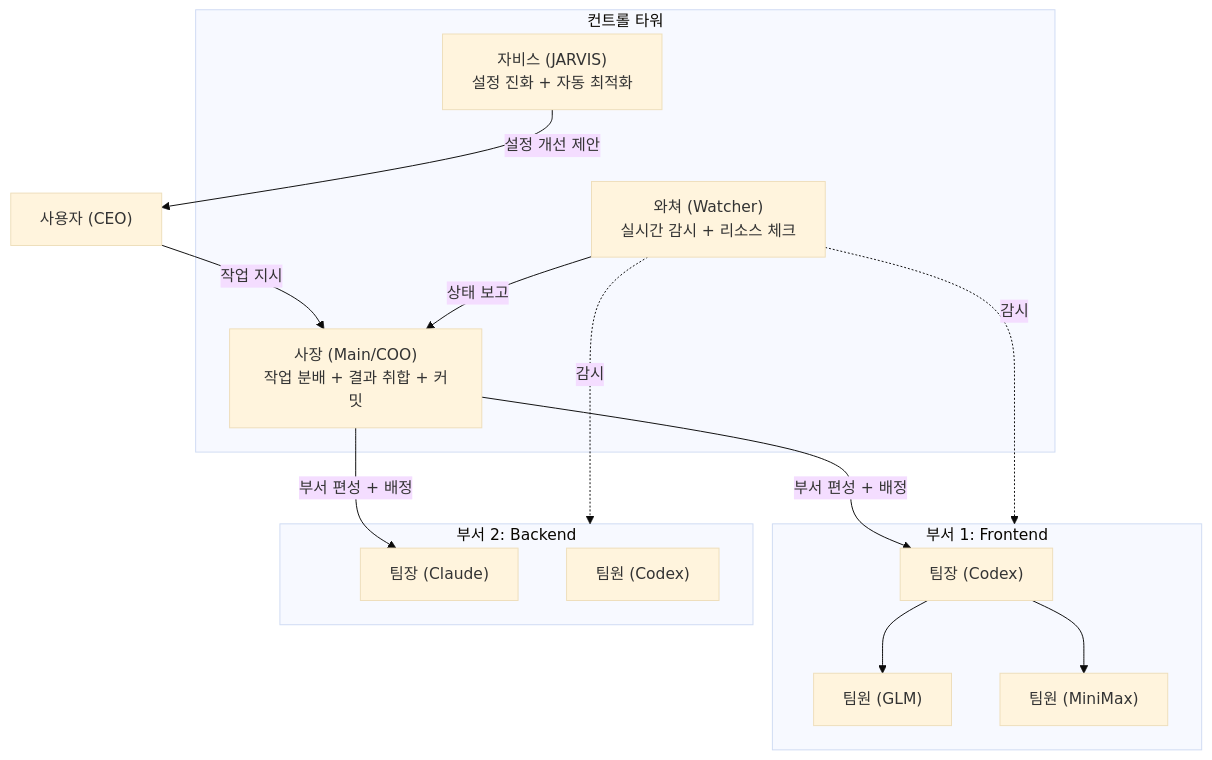
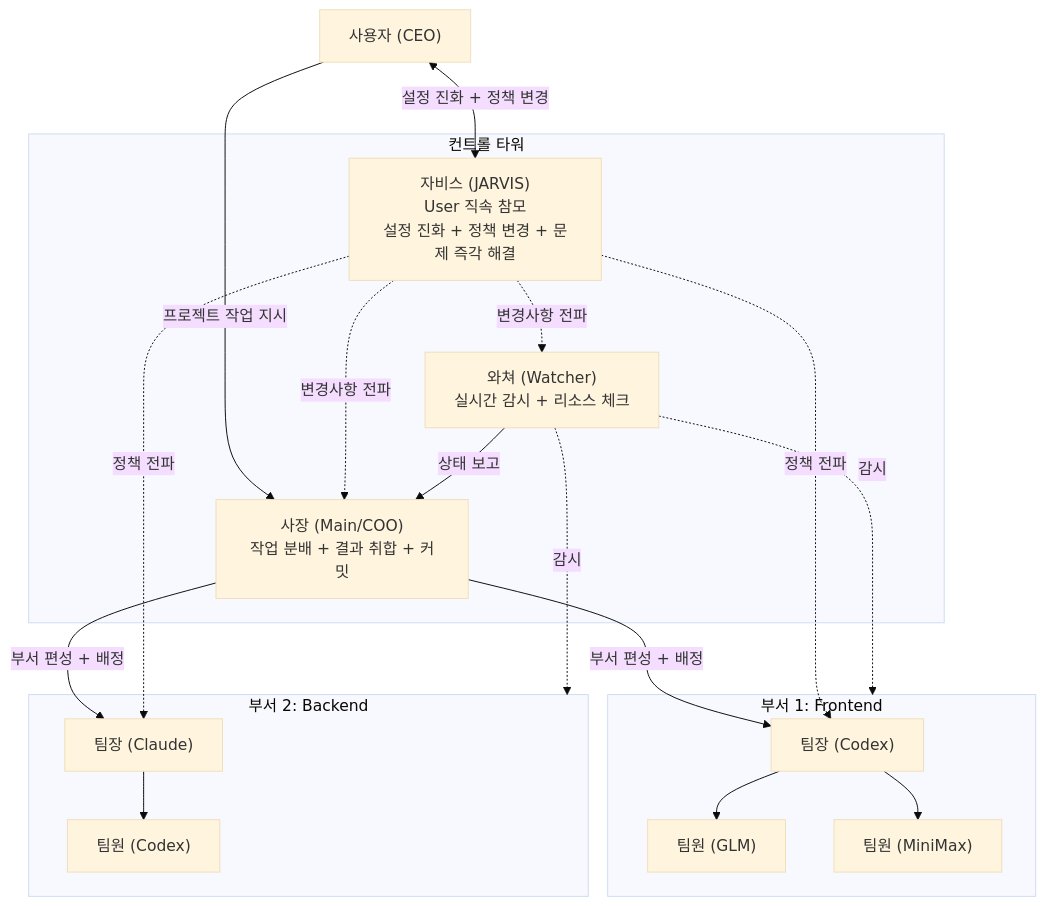
Before and after one commit to scokeepa/cmux-O: the first of 3 diagrams in README.md, drawn with Mermaid (base theme). The commit also changed other lines of this file and 1 other file, not shown here.

Commit message:
docs: 조직 구조 mermaid 다이어그램 수정 — User↔JARVIS 양방향
JARVIS→User 단방향을 User↔JARVIS 양방향으로 수정.
JARVIS→Main/Watcher/팀장 정책 전파 화살표 추가.
3계층 구조 표를 실제 운영 구조에 맞게 갱신.

````diff
--- a/README.md
+++ b/README.md
@@ -44,31 +44,36 @@
 ```mermaid
 graph TB
     User["사용자 (CEO)"]
     
     subgraph ControlTower["컨트롤 타워"]
         Main["사장 (Main/COO)<br/>작업 분배 + 결과 취합 + 커밋"]
         Watcher["와쳐 (Watcher)<br/>실시간 감시 + 리소스 체크"]
-        Jarvis["자비스 (JARVIS)<br/>설정 진화 + 자동 최적화"]
+        Jarvis["자비스 (JARVIS)<br/>User 직속 참모<br/>설정 진화 + 정책 변경 + 문제 즉각 해결"]
     end
     
     subgraph Dept1["부서 1: Frontend"]
         TL1["팀장 (Codex)"]
         M1["팀원 (GLM)"]
         M2["팀원 (MiniMax)"]
     end
     
     subgraph Dept2["부서 2: Backend"]
         TL2["팀장 (Claude)"]
         M3["팀원 (Codex)"]
     end
     
-    User -->|"작업 지시"| Main
+    User <-->|"설정 진화 + 정책 변경"| Jarvis
+    User -->|"프로젝트 작업 지시"| Main
     Main -->|"부서 편성 + 배정"| TL1
     Main -->|"부서 편성 + 배정"| TL2
     TL1 --> M1
     TL1 --> M2
+    TL2 --> M3
+    Jarvis -.->|"변경사항 전파"| Main
+    Jarvis -.->|"변경사항 전파"| Watcher
+    Jarvis -.->|"정책 전파"| TL1
+    Jarvis -.->|"정책 전파"| TL2
     Watcher -->|"상태 보고"| Main
-    Jarvis -->|"설정 개선 제안"| User
     Watcher -.->|"감시"| Dept1
     Watcher -.->|"감시"| Dept2
 ```
````
